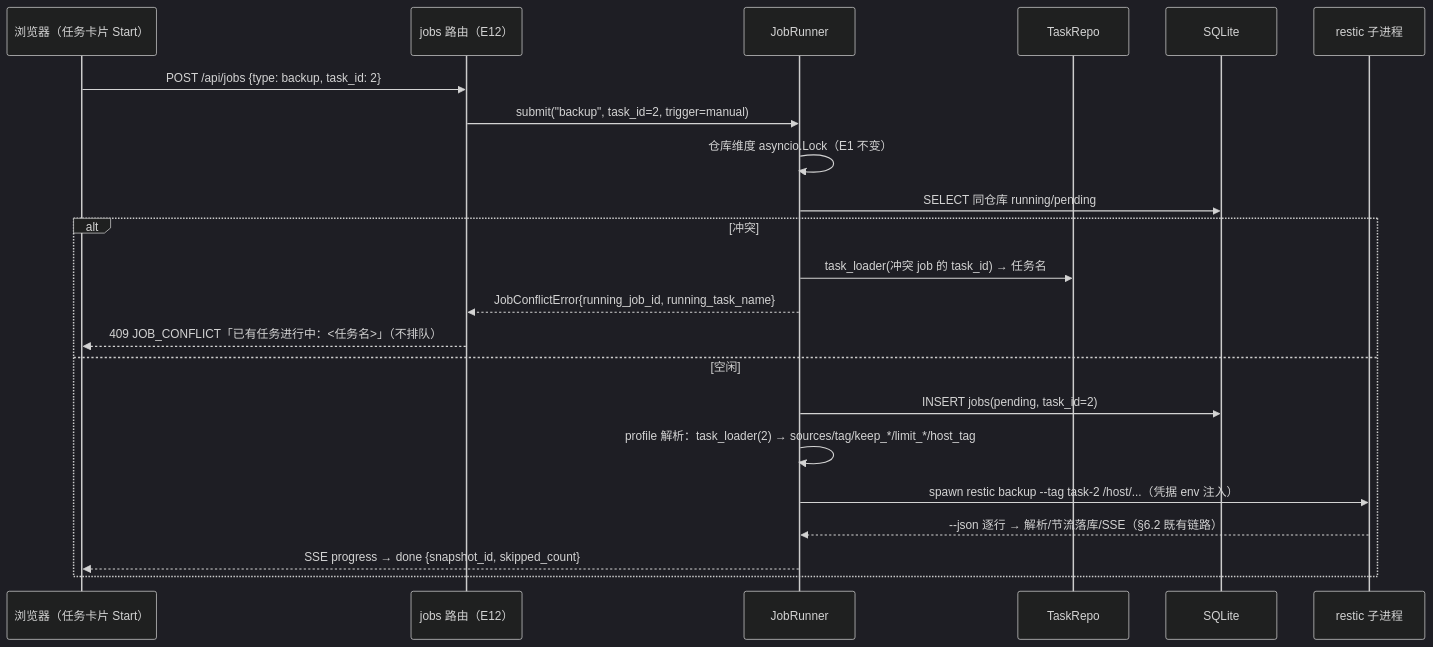
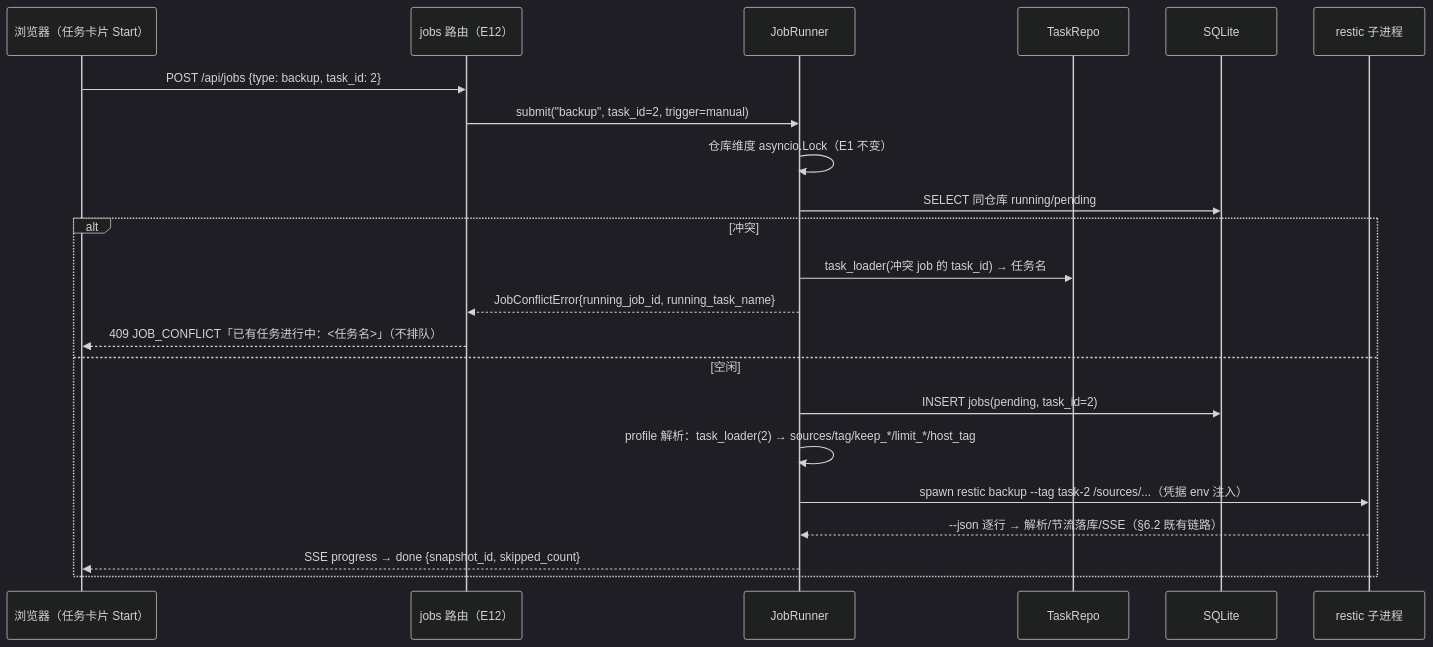
Before and after one commit to dolphin738/restic-docker-backup: the ninth of 11 diagrams in web版/docs/架构设计文档.md, drawn with Mermaid (dark theme). The commit also changed other lines of this file and 12 other files, not shown here.

````diff
--- a/web版/docs/架构设计文档.md
+++ b/web版/docs/架构设计文档.md
@@ -951,25 +952,25 @@
 ```mermaid
 sequenceDiagram
     participant B as 浏览器（任务卡片 Start）
     participant RT as jobs 路由（E12）
     participant JR as JobRunner
     participant TR as TaskRepo
     participant DB as SQLite
     participant RE as restic 子进程
 
     B->>RT: POST /api/jobs {type: backup, task_id: 2}
     RT->>JR: submit("backup", task_id=2, trigger=manual)
     JR->>JR: 仓库维度 asyncio.Lock（E1 不变）
     JR->>DB: SELECT 同仓库 running/pending
     alt 冲突
         JR->>TR: task_loader(冲突 job 的 task_id) → 任务名
         JR-->>RT: JobConflictError{running_job_id, running_task_name}
         RT-->>B: 409 JOB_CONFLICT「已有任务进行中：<任务名>」（不排队）
     else 空闲
         JR->>DB: INSERT jobs(pending, task_id=2)
         JR->>JR: profile 解析：task_loader(2) → sources/tag/keep_*/limit_*/host_tag
-        JR->>RE: spawn restic backup --tag task-2 /host/...（凭据 env 注入）
+        JR->>RE: spawn restic backup --tag task-2 /sources/...（凭据 env 注入）
         RE-->>JR: --json 逐行 → 解析/节流落库/SSE（§6.2 既有链路）
         JR-->>B: SSE progress → done {snapshot_id, skipped_count}
     end
 ```
````
